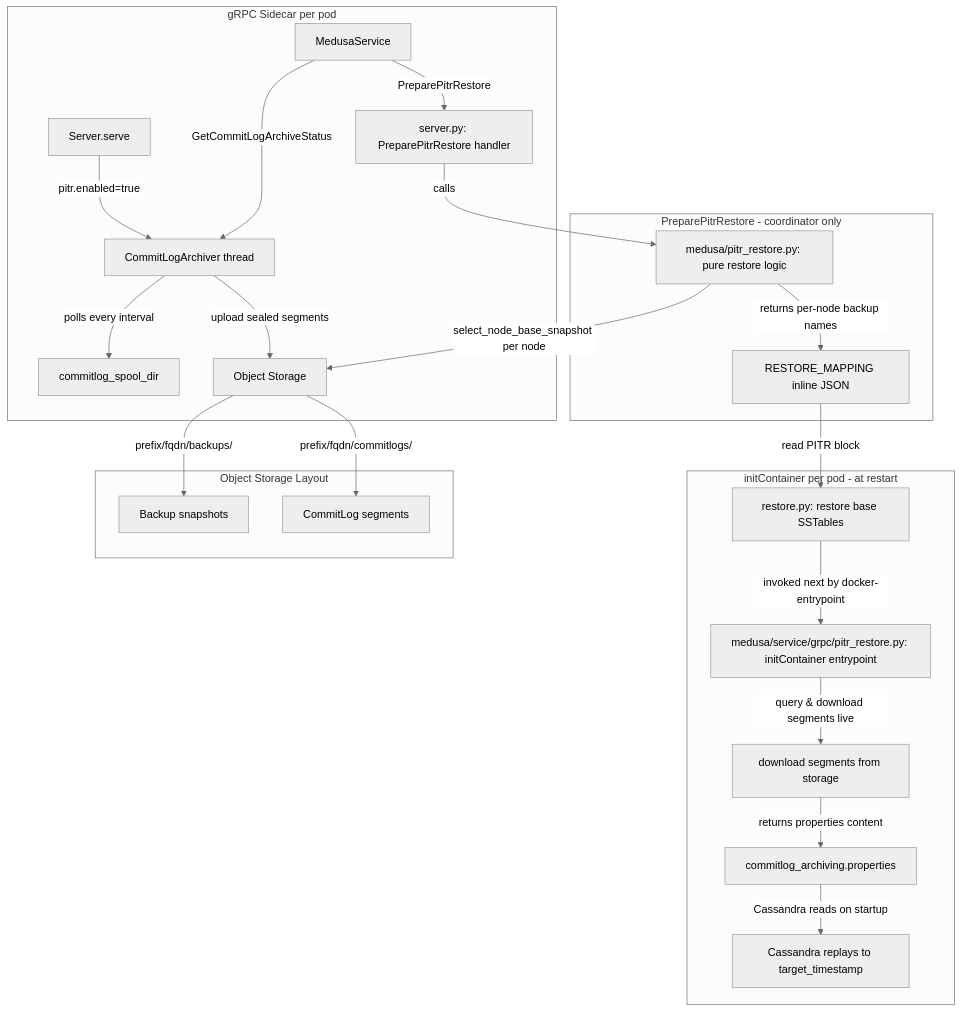
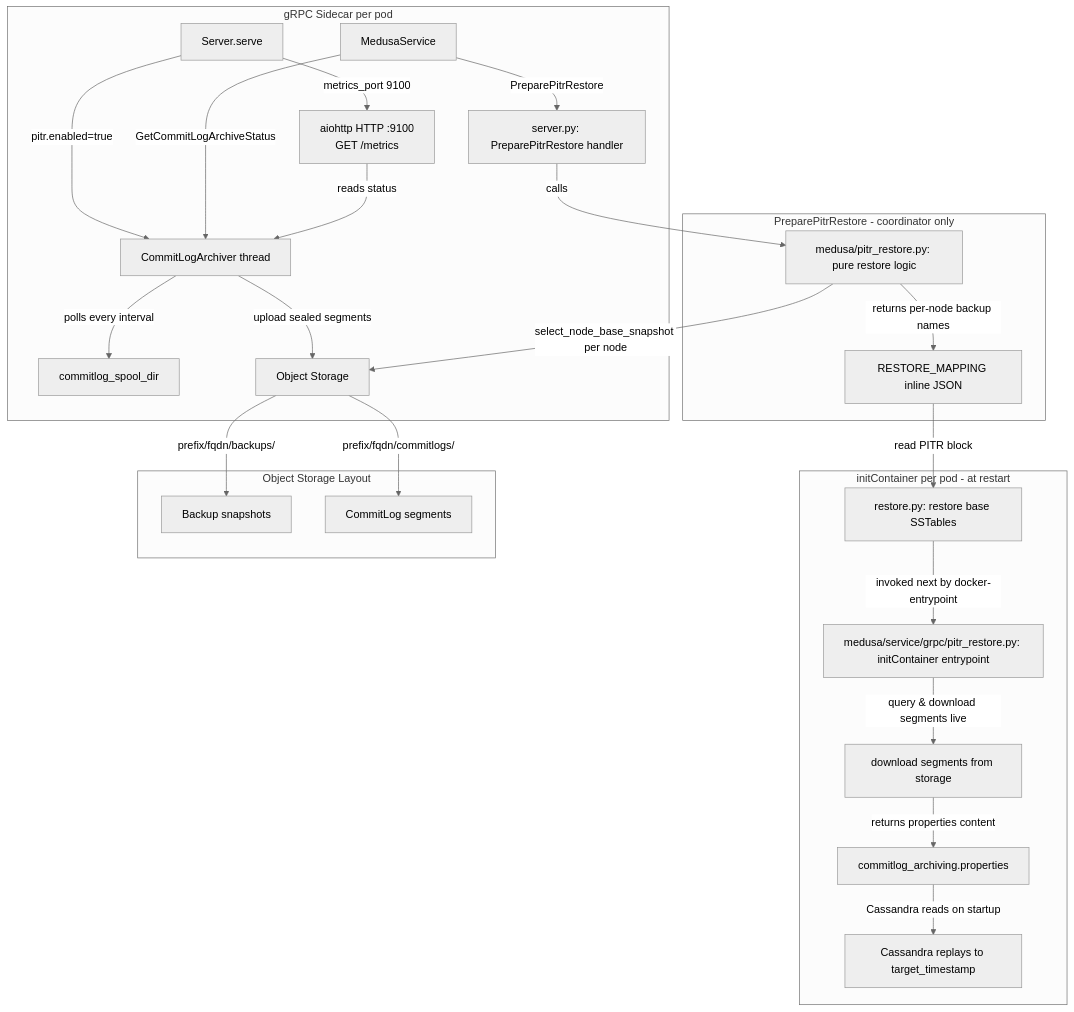
The first of 2 diagrams in docs/superpowers/specs/pitr-design-doc.md (thelastpickle/cassandra-medusa), drawn with Mermaid (neutral theme) before and after one commit. The commit also changed other lines of this file, not shown here.

Commit message:
docs: add Prometheus metrics endpoint to PITR design doc (PITR-16, PITR-17)

````diff
--- a/docs/superpowers/specs/pitr-design-doc.md
+++ b/docs/superpowers/specs/pitr-design-doc.md
@@ -100,29 +100,31 @@
 ```mermaid
 graph TD
     subgraph gRPC Sidecar per pod
         S[Server.serve] -->|pitr.enabled=true| A[CommitLogArchiver thread]
         A -->|polls every interval| CL[commitlog_spool_dir]
         A -->|upload sealed segments| OS[Object Storage]
         SVC[MedusaService] -->|GetCommitLogArchiveStatus| A
         SVC -->|PreparePitrRestore| RPC_HANDLER[server.py: PreparePitrRestore handler]
+        S -->|metrics_port 9100| METRICS[aiohttp HTTP :9100\nGET /metrics]
+        METRICS -->|reads status| A
     end
 
     subgraph PreparePitrRestore - coordinator only
         RPC_HANDLER -->|calls| PITR_MODULE[medusa/pitr_restore.py: pure restore logic]
         PITR_MODULE -->|select_node_base_snapshot per node| OS
         PITR_MODULE -->|returns per-node backup names| RM[RESTORE_MAPPING inline JSON]
     end
 
     subgraph initContainer per pod - at restart
         RM -->|read PITR block| RC[restore.py: restore base SSTables]
         RC -->|invoked next by docker-entrypoint| PR[medusa/service/grpc/pitr_restore.py: initContainer entrypoint]
         PR -->|query & download segments live| DL[download segments from storage]
         DL -->|returns properties content| PROPS[commitlog_archiving.properties]
         PROPS -->|Cassandra reads on startup| CS[Cassandra replays to target_timestamp]
     end
 
     subgraph Object Storage Layout
         OS --> |prefix/fqdn/backups/| BK[Backup snapshots]
         OS --> |prefix/fqdn/commitlogs/| CLS[CommitLog segments]
     end
 ```
````
